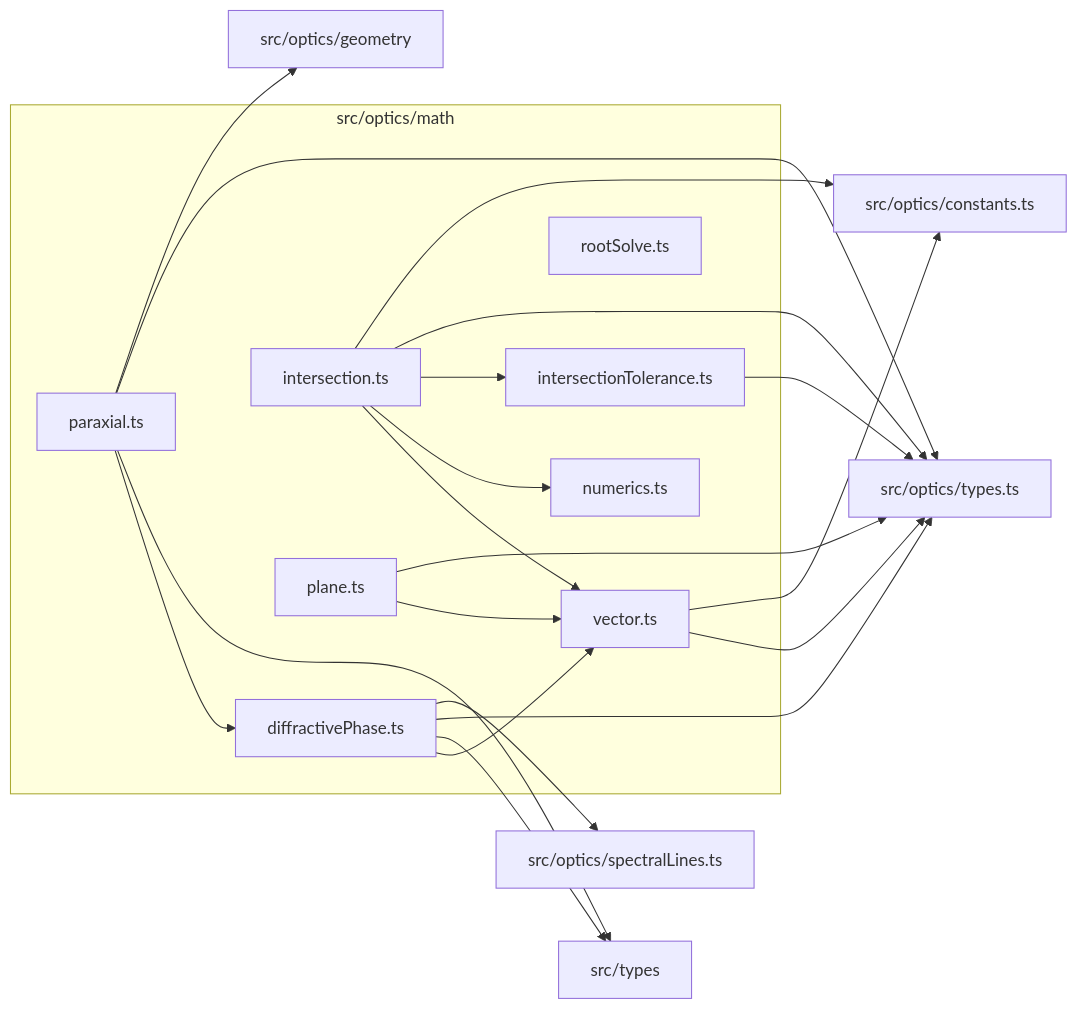
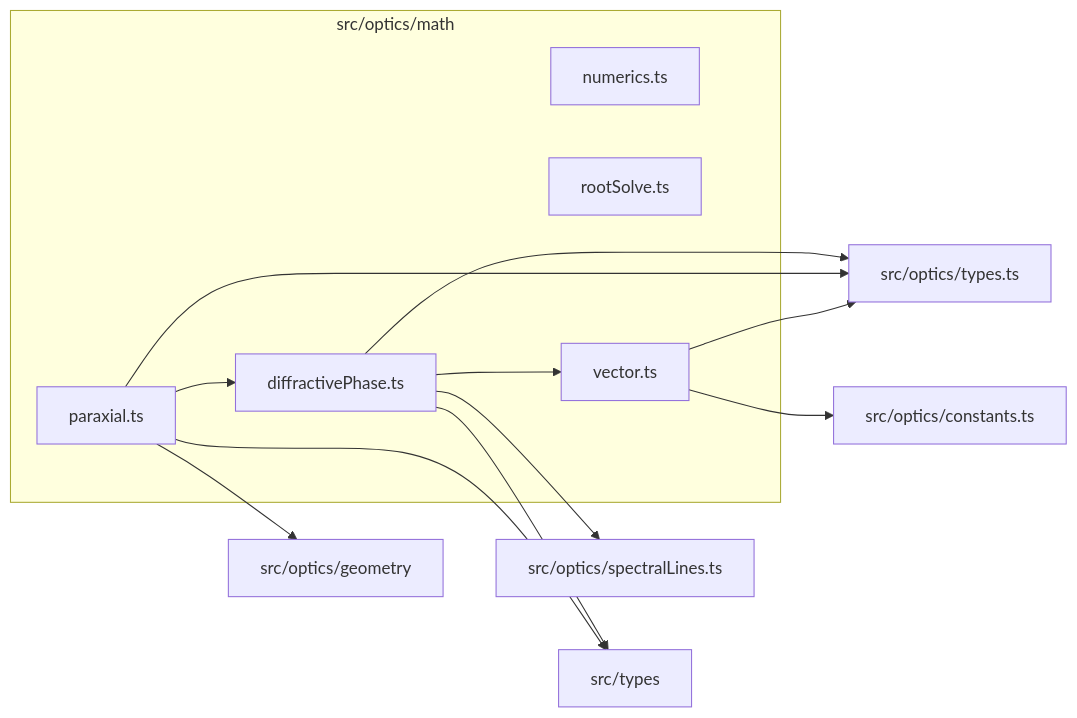
Before and after one commit to ronbuening/LensVisualizer: the diagram in src/optics/math/readme.md, drawn with Mermaid. The commit also changed other lines of this file and 26 other files, not shown here.

````diff
--- a/src/optics/math/readme.md
+++ b/src/optics/math/readme.md
@@ -9,36 +9,25 @@
 ```mermaid
 flowchart LR
   subgraph n_src_optics_math["src/optics/math"]
     n_src_optics_math_src_optics_math_diffractivePhase_ts["diffractivePhase.ts"]
-    n_src_optics_math_src_optics_math_intersection_ts["intersection.ts"]
-    n_src_optics_math_src_optics_math_intersectionTolerance_ts["intersectionTolerance.ts"]
     n_src_optics_math_src_optics_math_numerics_ts["numerics.ts"]
     n_src_optics_math_src_optics_math_paraxial_ts["paraxial.ts"]
-    n_src_optics_math_src_optics_math_plane_ts["plane.ts"]
     n_src_optics_math_src_optics_math_rootSolve_ts["rootSolve.ts"]
     n_src_optics_math_src_optics_math_vector_ts["vector.ts"]
   end
   n_external_src_optics_constants_ts["src/optics/constants.ts"]
   n_external_src_optics_geometry["src/optics/geometry"]
   n_external_src_optics_spectralLines_ts["src/optics/spectralLines.ts"]
   n_external_src_optics_types_ts["src/optics/types.ts"]
   n_external_src_types["src/types"]
-  n_src_optics_math_src_optics_math_intersection_ts --> n_external_src_optics_constants_ts
   n_src_optics_math_src_optics_math_vector_ts --> n_external_src_optics_constants_ts
   n_src_optics_math_src_optics_math_paraxial_ts --> n_external_src_optics_geometry
   n_src_optics_math_src_optics_math_diffractivePhase_ts --> n_external_src_optics_spectralLines_ts
   n_src_optics_math_src_optics_math_diffractivePhase_ts --> n_external_src_optics_types_ts
-  n_src_optics_math_src_optics_math_intersection_ts --> n_external_src_optics_types_ts
-  n_src_optics_math_src_optics_math_intersectionTolerance_ts --> n_external_src_optics_types_ts
   n_src_optics_math_src_optics_math_paraxial_ts --> n_external_src_optics_types_ts
-  n_src_optics_math_src_optics_math_plane_ts --> n_external_src_optics_types_ts
   n_src_optics_math_src_optics_math_vector_ts --> n_external_src_optics_types_ts
   n_src_optics_math_src_optics_math_diffractivePhase_ts --> n_external_src_types
   n_src_optics_math_src_optics_math_paraxial_ts --> n_external_src_types
   n_src_optics_math_src_optics_math_paraxial_ts --> n_src_optics_math_src_optics_math_diffractivePhase_ts
-  n_src_optics_math_src_optics_math_intersection_ts --> n_src_optics_math_src_optics_math_intersectionTolerance_ts
-  n_src_optics_math_src_optics_math_intersection_ts --> n_src_optics_math_src_optics_math_numerics_ts
   n_src_optics_math_src_optics_math_diffractivePhase_ts --> n_src_optics_math_src_optics_math_vector_ts
-  n_src_optics_math_src_optics_math_intersection_ts --> n_src_optics_math_src_optics_math_vector_ts
-  n_src_optics_math_src_optics_math_plane_ts --> n_src_optics_math_src_optics_math_vector_ts
 ```
````
